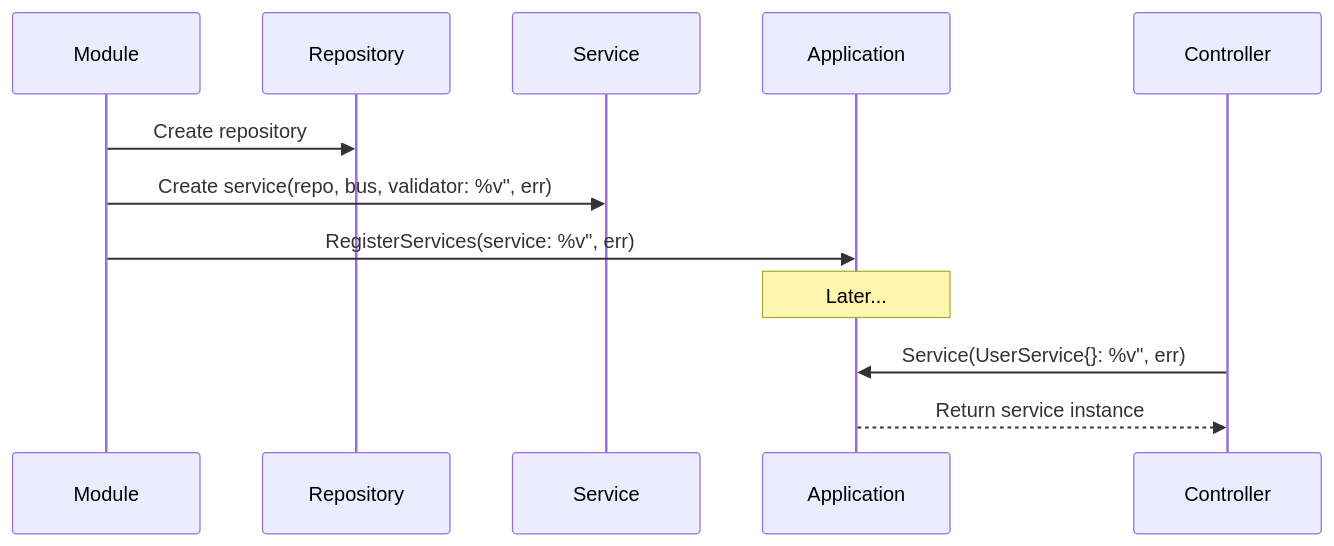
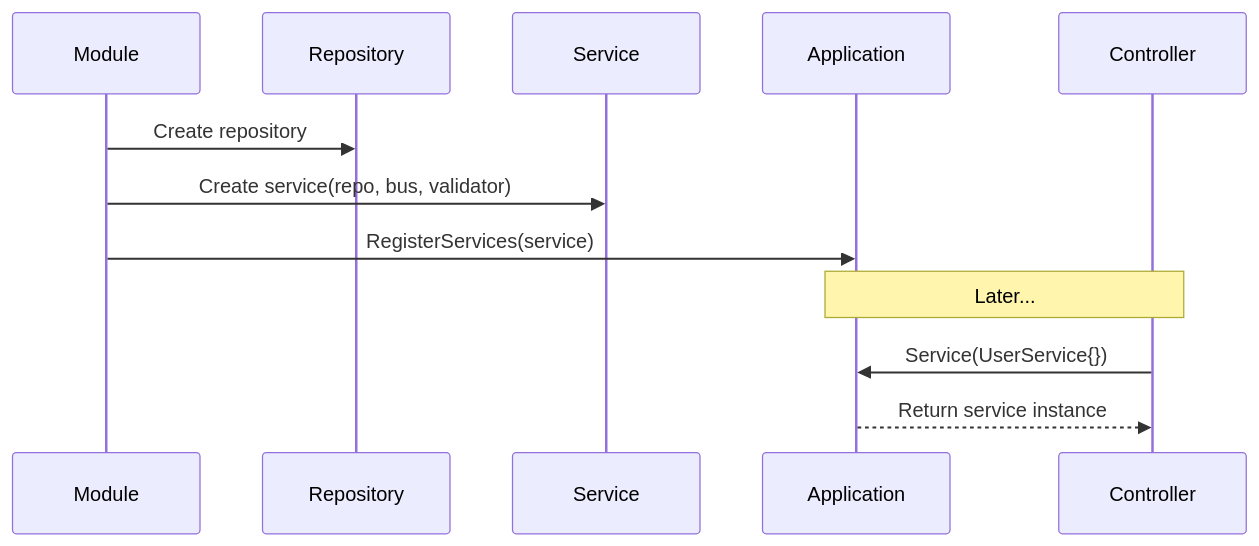
The seventh of 13 diagrams in docs/content/architecture/module-system.mdx (iota-uz/iota-sdk), drawn with Mermaid before and after one commit. The commit also changed other lines of this file and 7 other files, not shown here.

Commit message:
docs: validate mermaid in CI

````diff
--- a/docs/content/architecture/module-system.mdx
+++ b/docs/content/architecture/module-system.mdx
@@ -158,17 +158,16 @@
 ```mermaid
 sequenceDiagram
     participant Mod as Module
     participant Repo as Repository
     participant Service as Service
     participant App as Application
+    participant Controller as Controller
     
     Mod->>Repo: Create repository
-    Mod->>Service: Create service(repo, bus, validator: %v", err)
-    Mod->>App: RegisterServices(service: %v", err)
+    Mod->>Service: Create service(repo, bus, validator)
+    Mod->>App: RegisterServices(service)
     
-    Note over App: Later...
-    
-    participant Controller
-    Controller->>App: Service(UserService{}: %v", err)
+    Note over App,Controller: Later...
+    Controller->>App: Service(UserService{})
     App-->>Controller: Return service instance
 ```
````
